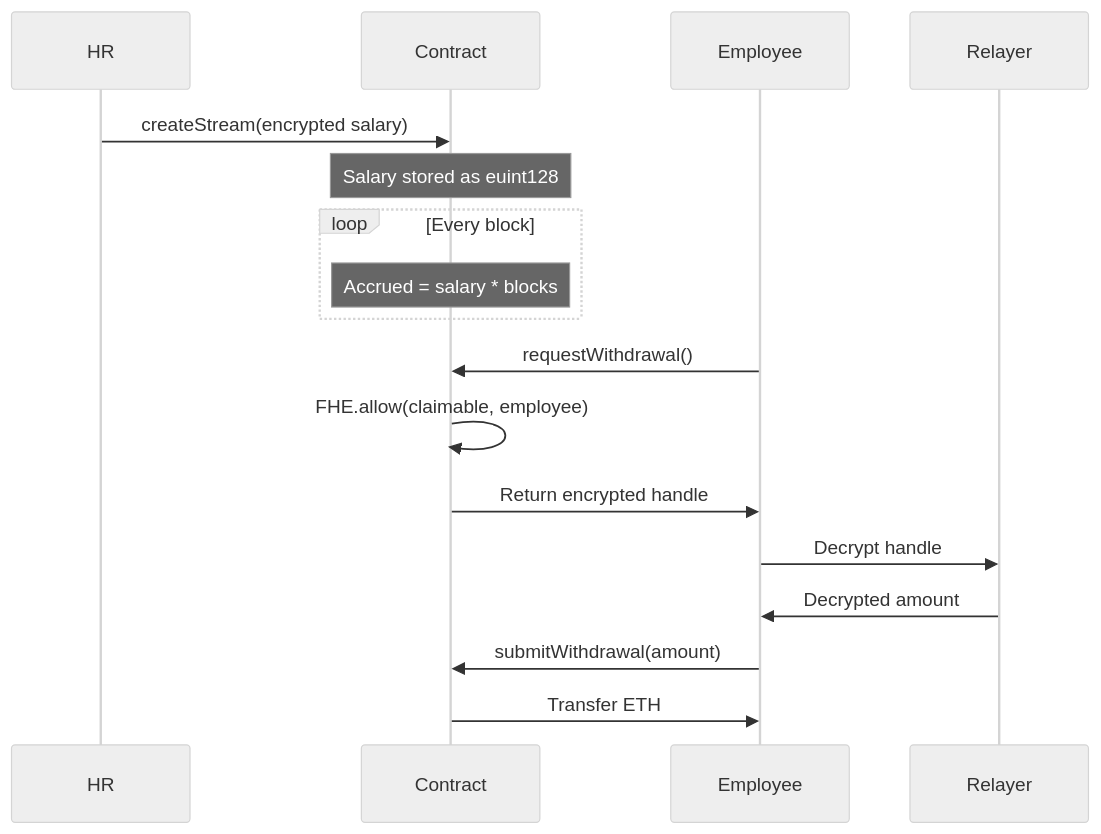
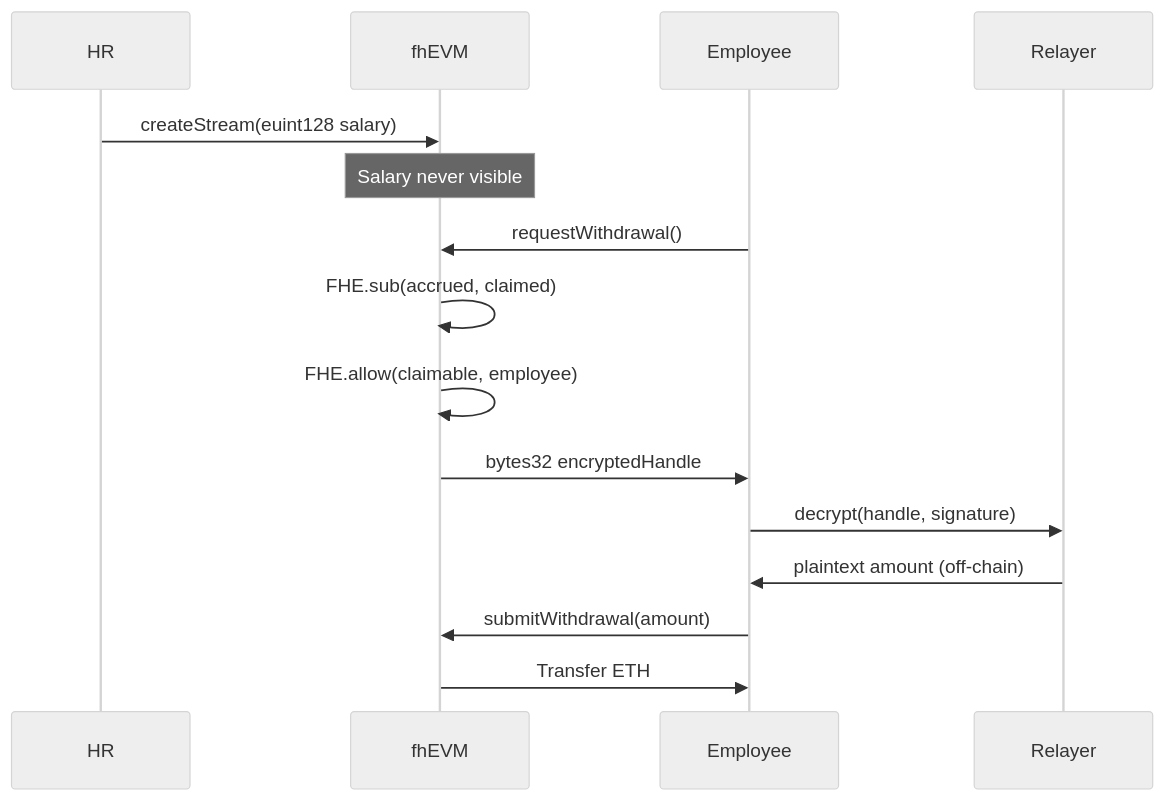
Before and after one commit to Cassxbt/Zamacorps: the diagram in README.md, drawn with Mermaid (neutral theme). The commit also changed other lines of this file, not shown here.

````diff
--- a/README.md
+++ b/README.md
@@ -65,24 +112,21 @@
 ```mermaid
 sequenceDiagram
     participant HR
-    participant Contract
+    participant fhEVM
     participant Employee
     participant Relayer
     
-    HR->>Contract: createStream(encrypted salary)
-    Note over Contract: Salary stored as euint128
+    HR->>fhEVM: createStream(euint128 salary)
+    Note over fhEVM: Salary never visible
     
-    loop Every block
-        Note over Contract: Accrued = salary * blocks
-    end
+    Employee->>fhEVM: requestWithdrawal()
+    fhEVM->>fhEVM: FHE.sub(accrued, claimed)
+    fhEVM->>fhEVM: FHE.allow(claimable, employee)
+    fhEVM->>Employee: bytes32 encryptedHandle
     
-    Employee->>Contract: requestWithdrawal()
-    Contract->>Contract: FHE.allow(claimable, employee)
-    Contract->>Employee: Return encrypted handle
+    Employee->>Relayer: decrypt(handle, signature)
+    Relayer->>Employee: plaintext amount (off-chain)
     
-    Employee->>Relayer: Decrypt handle
-    Relayer->>Employee: Decrypted amount
-    
-    Employee->>Contract: submitWithdrawal(amount)
-    Contract->>Employee: Transfer ETH
+    Employee->>fhEVM: submitWithdrawal(amount)
+    fhEVM->>Employee: Transfer ETH
 ```
````
